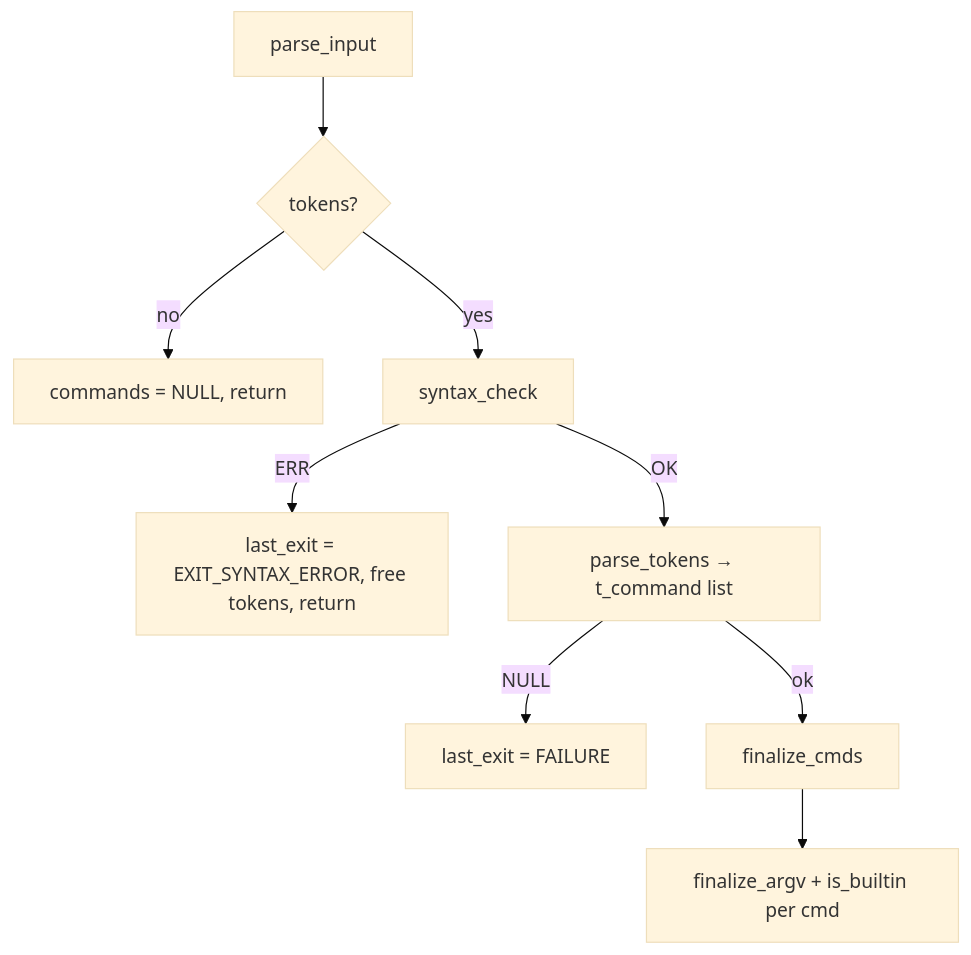
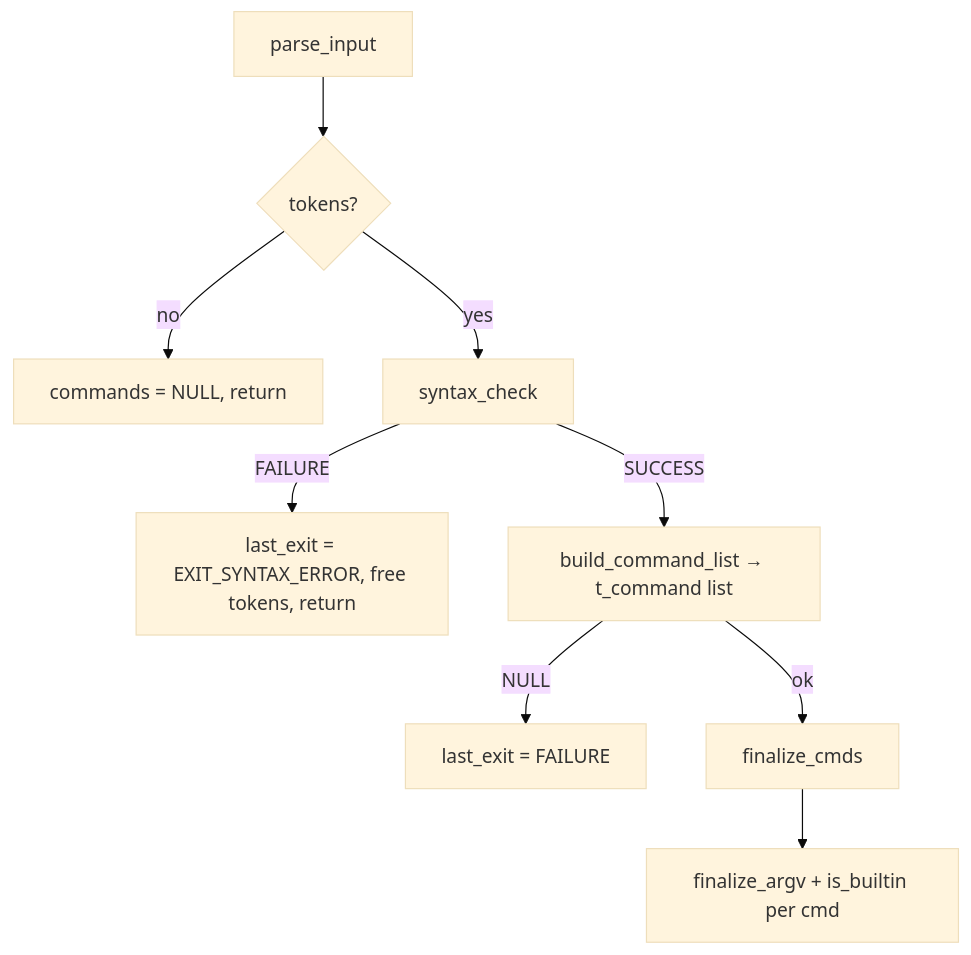
Before and after one commit to gkhavari/minishell: the eighth of 14 diagrams in docs/MINISHELL_ARCHITECTURE.md, drawn with Mermaid (base theme). The commit also changed other lines of this file and 22 other files, not shown here.

````diff
--- a/docs/MINISHELL_ARCHITECTURE.md
+++ b/docs/MINISHELL_ARCHITECTURE.md
@@ -640,11 +642,11 @@
 ```mermaid
 flowchart TD
     PI[parse_input] --> T0{tokens?}
     T0 -->|no| NULL[commands = NULL, return]
     T0 -->|yes| SY[syntax_check]
-    SY -->|ERR| E2[last_exit = EXIT_SYNTAX_ERROR, free tokens, return]
-    SY -->|OK| PT[parse_tokens → t_command list]
+    SY -->|FAILURE| E2[last_exit = EXIT_SYNTAX_ERROR, free tokens, return]
+    SY -->|SUCCESS| PT[build_command_list → t_command list]
     PT -->|NULL| E1[last_exit = FAILURE]
     PT -->|ok| FIN[finalize_cmds]
     FIN --> ARGV[finalize_argv + is_builtin per cmd]
 ```
````
